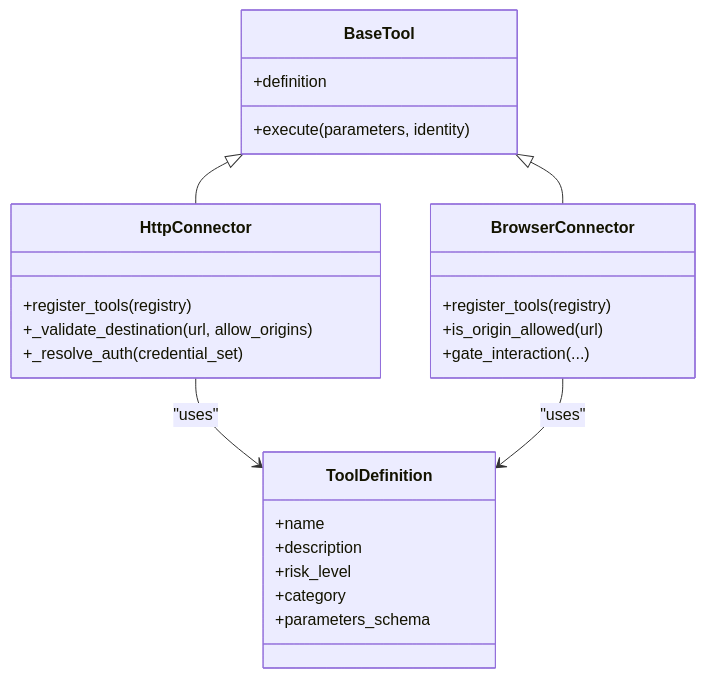
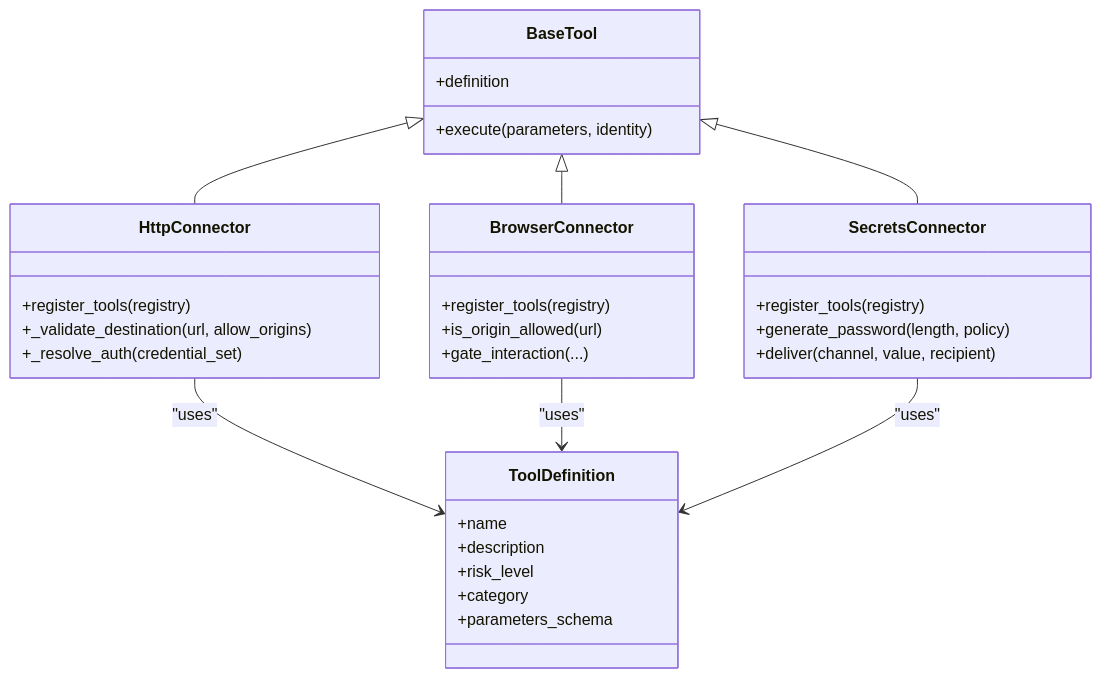
One commit to metasync/luban-aiops changed the ninth of 11 diagrams in .qoder/repowiki/en/content/Core Services/Tool Gateway/Credential Management and Security.md. Above: the diagram before and after it, drawn with Mermaid. The commit also changed other lines of this file and 56 other files, not shown here.

````diff
--- a/.qoder/repowiki/en/content/Core Services/Tool Gateway/Credential Management and Security.md
+++ b/.qoder/repowiki/en/content/Core Services/Tool Gateway/Credential Management and Security.md
@@ -302,28 +424,35 @@
 ```mermaid
 classDiagram
 class ToolDefinition {
 +name
 +description
 +risk_level
 +category
 +parameters_schema
 }
 class BaseTool {
 +definition
 +execute(parameters, identity)
 }
 class HttpConnector {
 +register_tools(registry)
 +_validate_destination(url, allow_origins)
 +_resolve_auth(credential_set)
 }
 class BrowserConnector {
 +register_tools(registry)
 +is_origin_allowed(url)
 +gate_interaction(...)
 }
+class SecretsConnector {
++register_tools(registry)
++generate_password(length, policy)
++deliver(channel, value, recipient)
+}
 BaseTool <|-- HttpConnector
 BaseTool <|-- BrowserConnector
+BaseTool <|-- SecretsConnector
 HttpConnector --> ToolDefinition : "uses"
 BrowserConnector --> ToolDefinition : "uses"
+SecretsConnector --> ToolDefinition : "uses"
 ```
````
